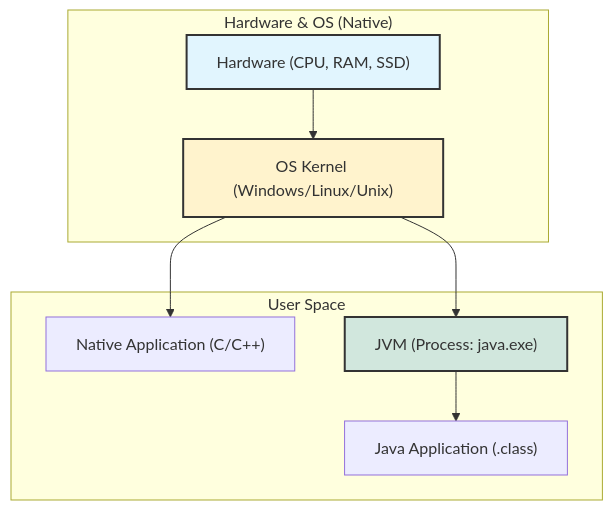
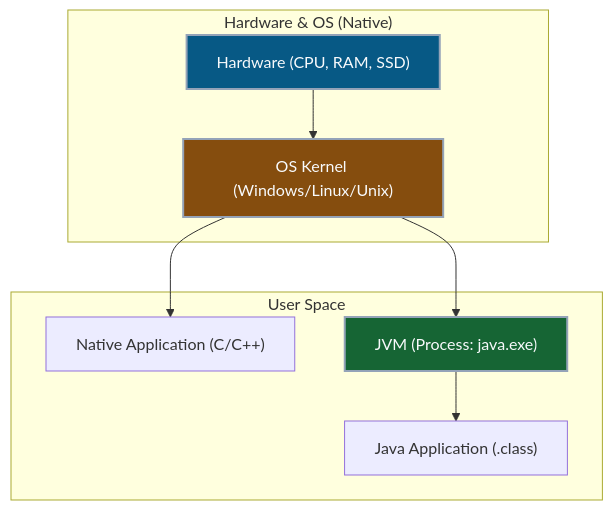
One commit to Kang-Hyesung/kang-hyesung.github.io changed the first of 2 diagrams in _posts/java/07-jvm/2026-01-04-JVM-개요.md. Above: the diagram before and after it, drawn with Mermaid. The commit also changed other lines of this file and 74 other files, not shown here.

Commit message:
docs: update post visibility and mermaid colors

````diff
--- a/_posts/java/07-jvm/2026-01-04-JVM-개요.md
+++ b/_posts/java/07-jvm/2026-01-04-JVM-개요.md
@@ -21,24 +21,24 @@
 ```mermaid
 graph TD
     subgraph "Hardware & OS (Native)"
         A["Hardware (CPU, RAM, SSD)"]
         B["OS Kernel (Windows/Linux/Unix)"]
     end
 
     subgraph "User Space"
         C["Native Application (C/C++)"]
         D["JVM (Process: java.exe)"]
         E["Java Application (.class)"]
     end
 
     A --> B
     B --> C
     B --> D
     D --> E
 
     %% 스타일 정의
-    style A fill:#e1f5fe,stroke:#333,stroke-width:2px
-    style B fill:#fff3cd,stroke:#333,stroke-width:2px
-    style D fill:#d1e7dd,stroke:#333,stroke-width:2px
+    style A fill:#075985,stroke:#94a3b8,stroke-width:2px,color:#f8fafc
+    style B fill:#854d0e,stroke:#94a3b8,stroke-width:2px,color:#f8fafc
+    style D fill:#166534,stroke:#94a3b8,stroke-width:2px,color:#f8fafc
 
 ```
````
